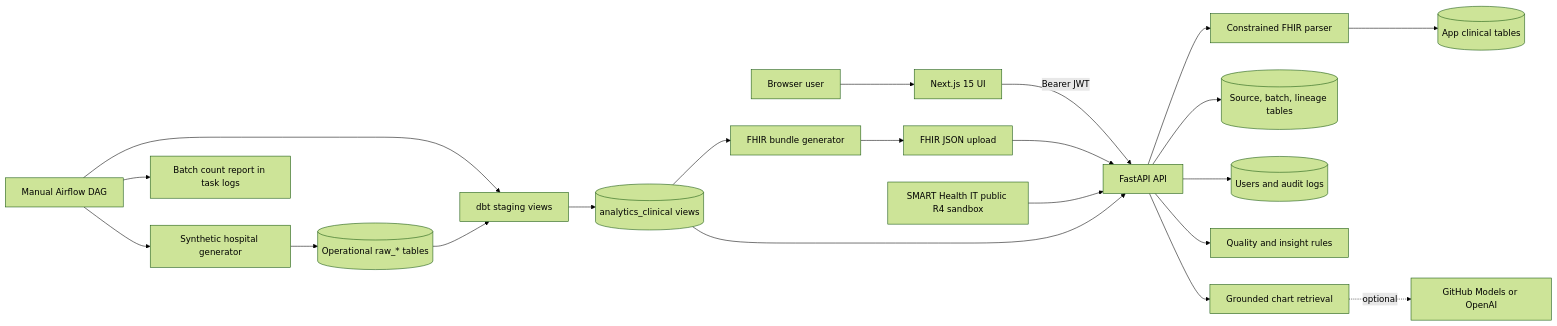
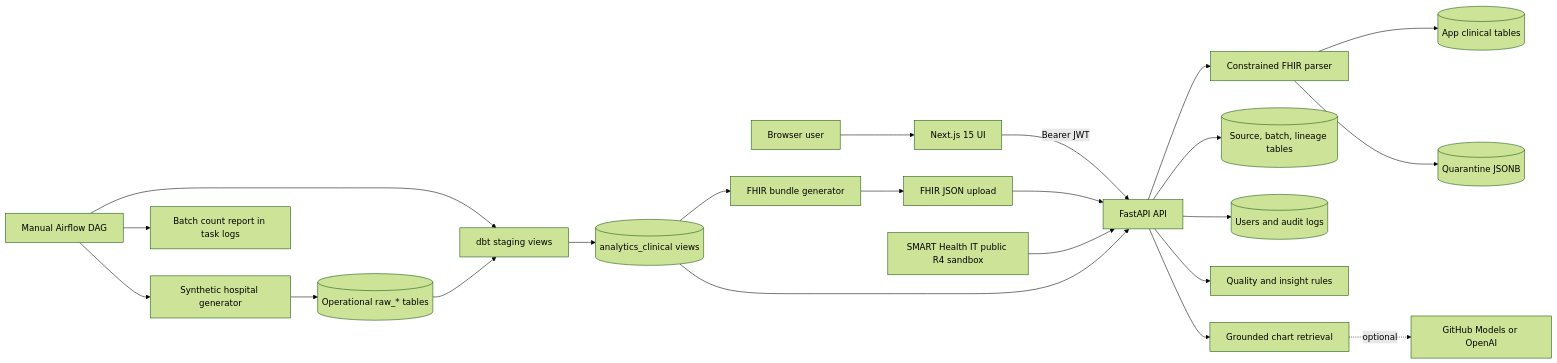
Before and after one commit to nesar-ganguli/clinsight-ai: the diagram in docs/CURRENT_IMPLEMENTATION.md, drawn with Mermaid (forest theme). The commit also changed other lines of this file and 15 other files, not shown here.

````diff
--- a/docs/CURRENT_IMPLEMENTATION.md
+++ b/docs/CURRENT_IMPLEMENTATION.md
@@ -32,26 +33,27 @@
 ```mermaid
 flowchart LR
     User[Browser user] --> Next[Next.js 15 UI]
     Next -->|Bearer JWT| API[FastAPI API]
 
     Upload[FHIR JSON upload] --> API
     Smart[SMART Health IT public R4 sandbox] --> API
     API --> Parser[Constrained FHIR parser]
     Parser --> ORM[(App clinical tables)]
+    Parser --> Quarantine[(Quarantine JSONB)]
     API --> Lineage[(Source, batch, lineage tables)]
     API --> Audit[(Users and audit logs)]
 
     Generator[Synthetic hospital generator] --> Raw[(Operational raw_* tables)]
     Airflow[Manual Airflow DAG] --> Generator
     Airflow --> Dbt
     Raw --> Dbt[dbt staging views]
     Dbt --> Marts[(analytics_clinical views)]
     Airflow --> Metrics[Batch count report in task logs]
     Marts --> API
     Marts --> Export[FHIR bundle generator]
     Export --> Upload
 
     API --> Rules[Quality and insight rules]
     API --> Chat[Grounded chart retrieval]
     Chat -. optional .-> LLM[GitHub Models or OpenAI]
 ```
````
